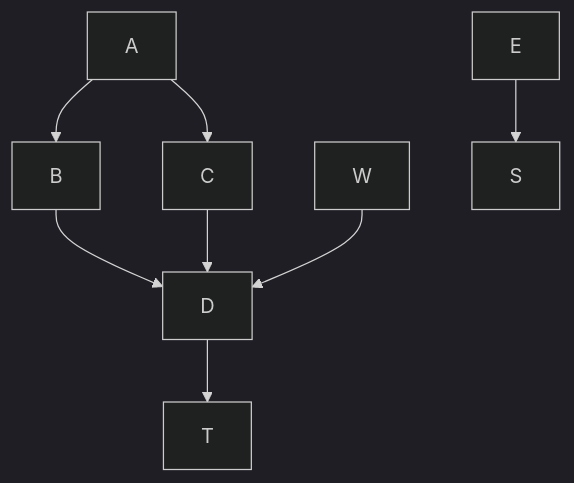
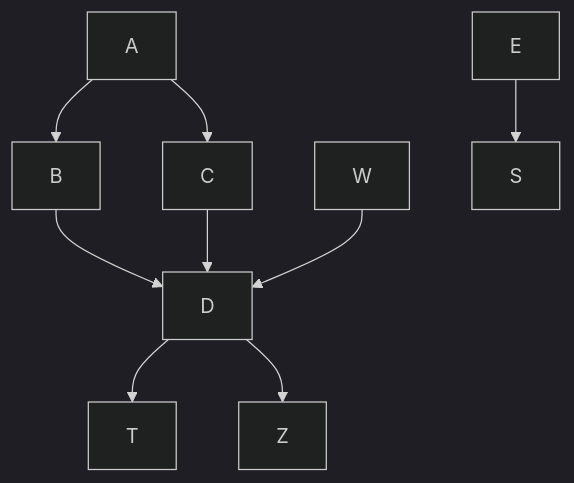
The first of 2 diagrams in test/flow_inline.md (neenjaw/mermaid-markdown-test), drawn with Mermaid (dark theme) before and after one commit. The commit also changed 1 other file, not shown here.

````diff
--- a/test/flow_inline.md
+++ b/test/flow_inline.md
@@ -5,10 +5,11 @@
 ```mermaid
 graph TD;
     A-->B;
     A-->C;
     B-->D;
     C-->D;
     W-->D;
     E-->S;
     D-->T;
+    D-->Z;
 ```
````
